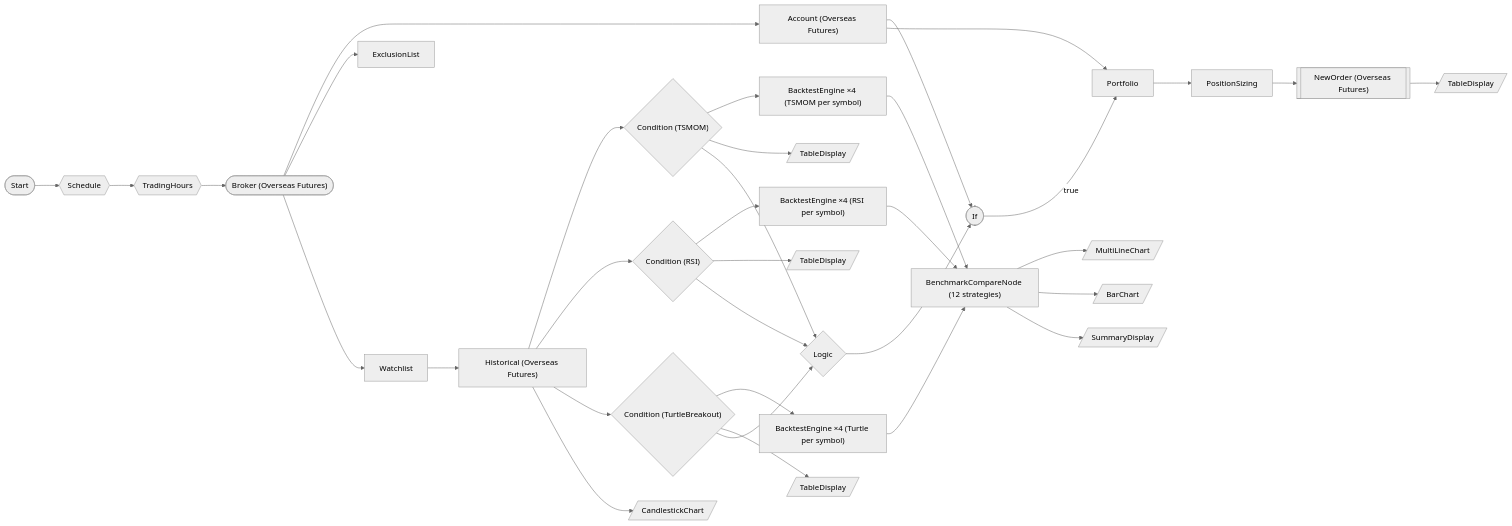
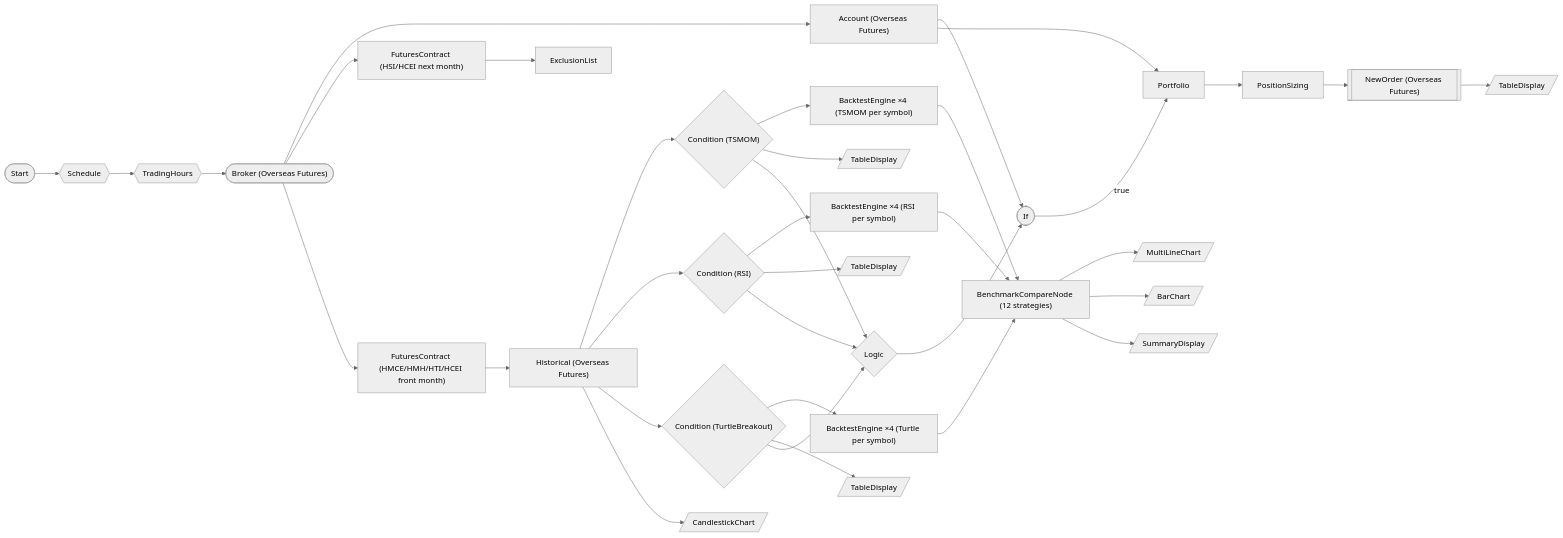
Before and after one commit to programgarden/programgarden: the diagram in src/programgarden/examples/workflows/57-futures-paper-backtest-heavy.md, drawn with Mermaid (neutral theme). The commit also changed other lines of this file and 43 other files, not shown here.

First line of the commit message:
feat(futures): 월물 하드코딩 근본 제거 — FuturesContractNode 신설 + 예제 16건 전환

````diff
--- a/src/programgarden/examples/workflows/57-futures-paper-backtest-heavy.md
+++ b/src/programgarden/examples/workflows/57-futures-paper-backtest-heavy.md
@@ -105,64 +108,66 @@
 ```mermaid
 graph LR
     start(["Start"])
     schedule{{"Schedule"}}
     trading_hours{{"TradingHours"}}
     broker(["Broker (Overseas Futures)"])
     account["Account (Overseas Futures)"]
+    excl_contract["FuturesContract (HSI/HCEI next month)"]
     exclusion["ExclusionList"]
-    watchlist["Watchlist"]
+    contract["FuturesContract (HMCE/HMH/HTI/HCEI front month)"]
     historical["Historical (Overseas Futures)"]
     tsmom_cond{"Condition (TSMOM)"}
     rsi_cond{"Condition (RSI)"}
     turtle_cond{"Condition (TurtleBreakout)"}
     bt_tsmom["BacktestEngine ×4 (TSMOM per symbol)"]
     bt_rsi["BacktestEngine ×4 (RSI per symbol)"]
     bt_turtle["BacktestEngine ×4 (Turtle per symbol)"]
     benchmark["BenchmarkCompareNode (12 strategies)"]
     tsmom_table[/"TableDisplay"/]
     rsi_table[/"TableDisplay"/]
     turtle_table[/"TableDisplay"/]
     equity_chart[/"MultiLineChart"/]
     candle_chart[/"CandlestickChart"/]
     metrics_chart[/"BarChart"/]
     summary_display[/"SummaryDisplay"/]
     logic{"Logic"}
     if_balance(["If"])
     portfolio["Portfolio"]
     sizing["PositionSizing"]
     new_order[["NewOrder (Overseas Futures)"]]
     order_table[/"TableDisplay"/]
     start --> schedule
     schedule --> trading_hours
     trading_hours --> broker
     broker --> account
-    broker --> exclusion
-    broker --> watchlist
-    watchlist --> historical
+    broker --> excl_contract
+    excl_contract --> exclusion
+    broker --> contract
+    contract --> historical
     historical --> tsmom_cond
     historical --> rsi_cond
     historical --> turtle_cond
     tsmom_cond --> bt_tsmom
     rsi_cond --> bt_rsi
     turtle_cond --> bt_turtle
     bt_tsmom --> benchmark
     bt_rsi --> benchmark
     bt_turtle --> benchmark
     tsmom_cond --> tsmom_table
     rsi_cond --> rsi_table
     turtle_cond --> turtle_table
     benchmark --> equity_chart
     benchmark --> metrics_chart
     benchmark --> summary_display
     historical --> candle_chart
     tsmom_cond --> logic
     rsi_cond --> logic
     turtle_cond --> logic
     logic --> if_balance
     account --> if_balance
     if_balance -->|true| portfolio
     account --> portfolio
     portfolio --> sizing
     sizing --> new_order
     new_order --> order_table
 ```
````
